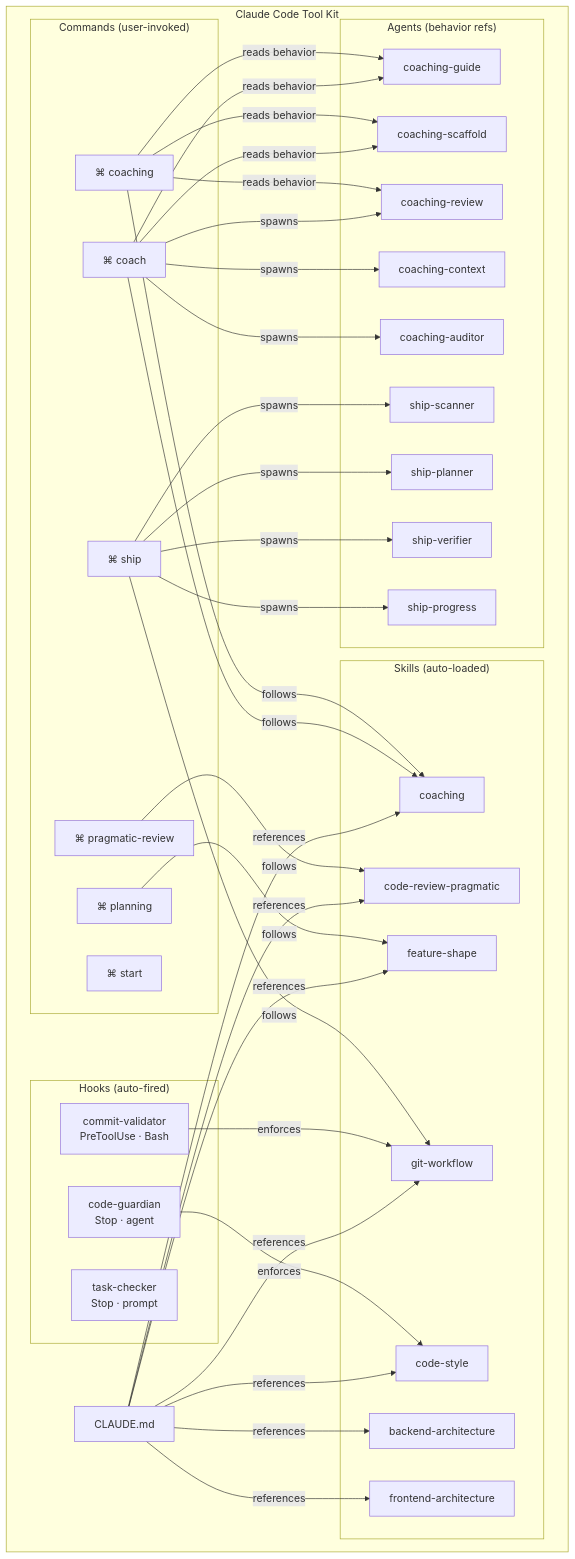
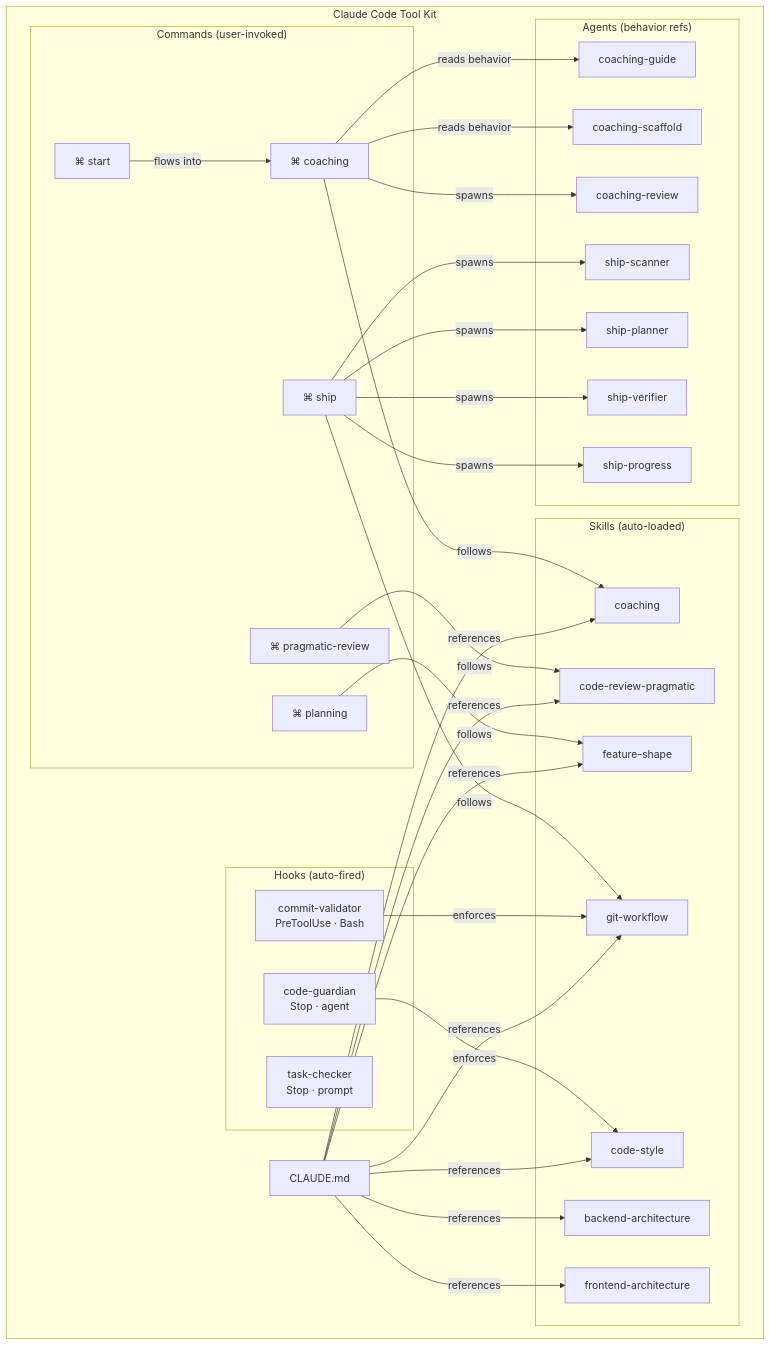
One commit to TituxMetal/claude-code-tool-kit changed the first of 2 diagrams in README.md. Above: the diagram before and after it, drawn with Mermaid. The commit also changed other lines of this file and 1 other file, not shown here.

Commit message:
docs: update references after /coach removal
Remove /coach from command tables, deleted agents from agent tables,
update directory tree, and update mermaid architecture diagram.

Files:
- CLAUDE.md: remove /coach and deleted agents from tables
- README.md: update tree, commands, agents, and mermaid diagram

````diff
--- a/README.md
+++ b/README.md
@@ -96,68 +90,59 @@
 ```mermaid
 graph TB
     subgraph "Claude Code Tool Kit"
         subgraph "Skills (auto-loaded)"
             S1[backend-architecture]
             S2[frontend-architecture]
             S3[code-style]
             S4[git-workflow]
             S5[coaching]
             S6[feature-shape]
             S7[code-review-pragmatic]
         end
 
         subgraph "Commands (user-invoked)"
             C1["⌘ start"]
             C2["⌘ planning"]
             C3["⌘ coaching"]
             C4["⌘ pragmatic-review"]
-            C5["⌘ coach"]
-            C6["⌘ ship"]
+            C5["⌘ ship"]
         end
 
         subgraph "Agents (behavior refs)"
             A1[coaching-guide]
             A2[coaching-scaffold]
             A3[coaching-review]
-            A4[coaching-context]
-            A5[coaching-auditor]
-            A6[ship-scanner]
-            A7[ship-planner]
-            A8[ship-verifier]
-            A9[ship-progress]
+            A4[ship-scanner]
+            A5[ship-planner]
+            A6[ship-verifier]
+            A7[ship-progress]
         end
 
         subgraph "Hooks (auto-fired)"
             H1["commit-validator<br/>PreToolUse · Bash"]
             H2["task-checker<br/>Stop · prompt"]
             H3["code-guardian<br/>Stop · agent"]
         end
 
         CFG[CLAUDE.md]
     end
 
+    C1 -->|"flows into"| C3
     C3 -->|"reads behavior"| A1
     C3 -->|"reads behavior"| A2
-    C3 -->|"reads behavior"| A3
+    C3 -->|"spawns"| A3
     C3 -->|"follows"| S5
     C4 -->|"follows"| S7
     C2 -->|"follows"| S6
 
     C5 -->|"spawns"| A4
-    C5 -->|"reads behavior"| A1
-    C5 -->|"reads behavior"| A2
-    C5 -->|"spawns"| A3
     C5 -->|"spawns"| A5
-    C5 -->|"follows"| S5
-
-    C6 -->|"spawns"| A6
-    C6 -->|"spawns"| A7
-    C6 -->|"spawns"| A8
-    C6 -->|"spawns"| A9
-    C6 -->|"follows"| S4
+    C5 -->|"spawns"| A6
+    C5 -->|"spawns"| A7
+    C5 -->|"follows"| S4
 
     H1 -->|"enforces"| S4
     H3 -->|"enforces"| S3
 
     CFG -->|"references"| S1 & S2 & S3 & S4 & S5 & S6 & S7
 ```
````
